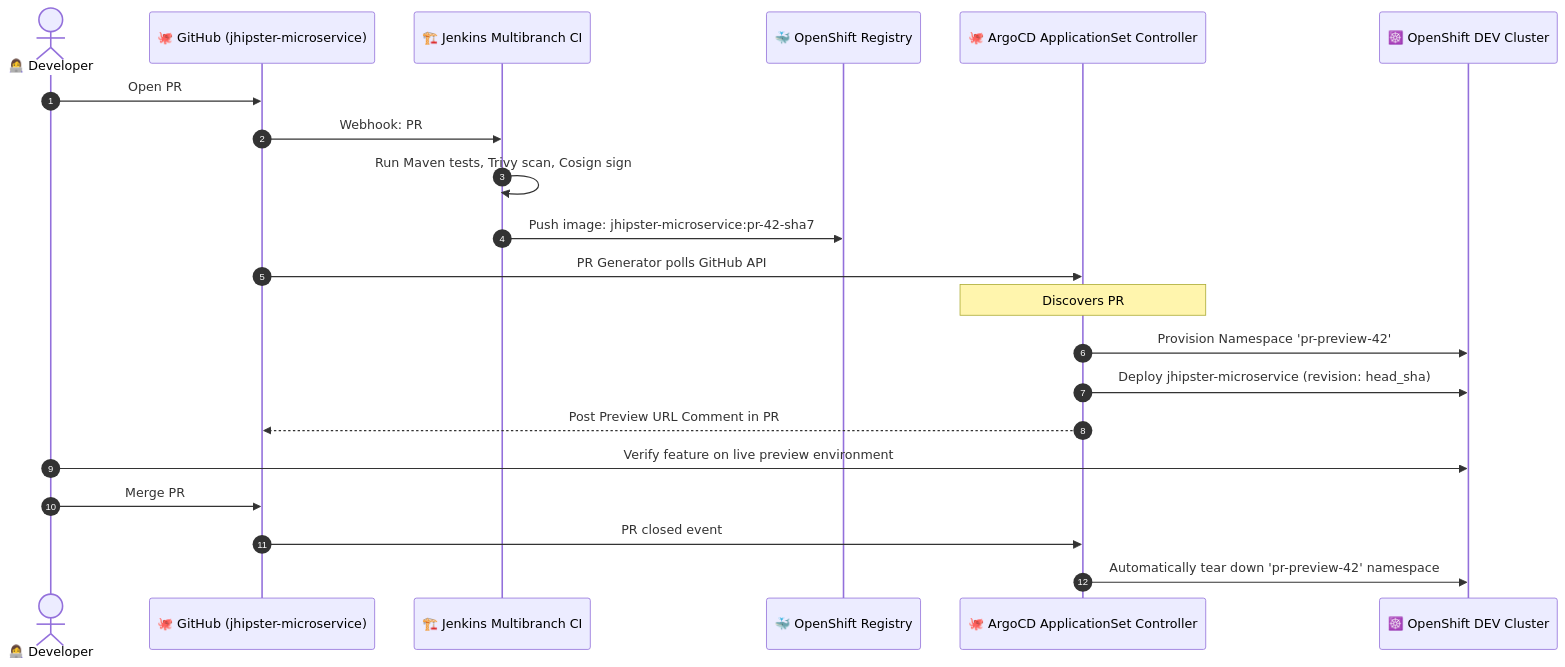
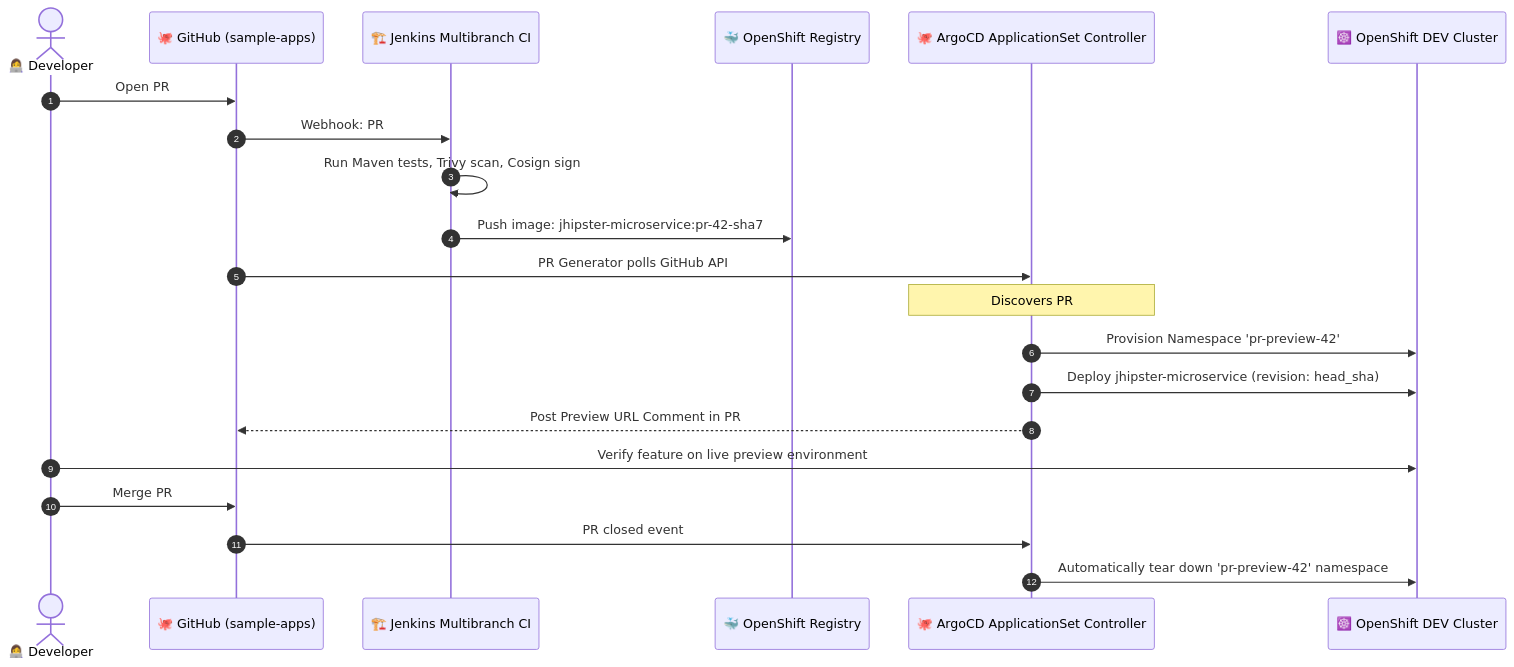
The sixth of 11 diagrams in README.md (nubenetes/jenkins-without-git-parameter), drawn with Mermaid before and after one commit. The commit also changed other lines of this file and 4 other files, not shown here.

````diff
--- a/README.md
+++ b/README.md
@@ -487,27 +487,27 @@
 ```mermaid
 sequenceDiagram
     autonumber
     actor Dev as 👩‍💻 Developer
-    participant GitHub as 🐙 GitHub (jhipster-microservice)
+    participant GitHub as 🐙 GitHub (sample-apps)
     participant Jenkins as 🏗️ Jenkins Multibranch CI
     participant Registry as 🐳 OpenShift Registry
     participant ArgoCD as 🐙 ArgoCD ApplicationSet Controller
     participant Cluster as ☸️ OpenShift DEV Cluster
 
     Dev->>GitHub: Open PR #42 (feature/new-api)
     GitHub->>Jenkins: Webhook: PR #42 created
     Jenkins->>Jenkins: Run Maven tests, Trivy scan, Cosign sign
     Jenkins->>Registry: Push image: jhipster-microservice:pr-42-sha7
     
     GitHub->>ArgoCD: PR Generator polls GitHub API
     Note over ArgoCD: Discovers PR #42 with label 'preview-environment'
     ArgoCD->>Cluster: Provision Namespace 'pr-preview-42'
     ArgoCD->>Cluster: Deploy jhipster-microservice (revision: head_sha)
     ArgoCD-->>GitHub: Post Preview URL Comment in PR #42
     
     Dev->>Cluster: Verify feature on live preview environment
     
     Dev->>GitHub: Merge PR #42 into main
     GitHub->>ArgoCD: PR closed event
     ArgoCD->>Cluster: Automatically tear down 'pr-preview-42' namespace
 ```
````
